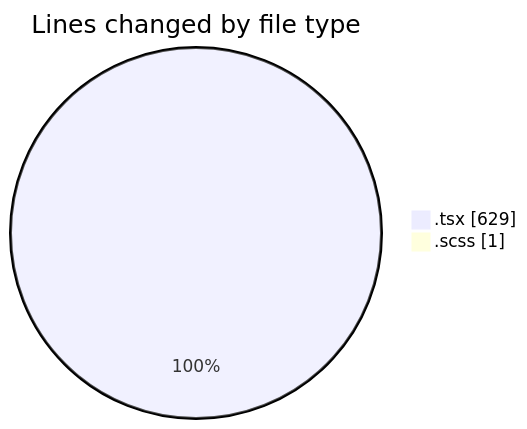
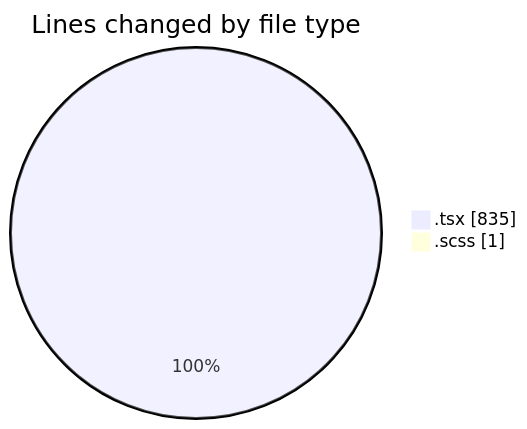
One commit to momahboobian/code-tracking changed the first of 2 diagrams in 2025-03-19/cda/README.md. Above: the diagram before and after it, drawn with Mermaid. The commit also changed other lines of this file and 1 other file, not shown here.

````diff
--- a/2025-03-19/cda/README.md
+++ b/2025-03-19/cda/README.md
@@ -23,6 +23,6 @@
 ```mermaid
 pie showData
 title Lines changed by file type
-".tsx" : 629
+".tsx" : 835
 ".scss" : 1
 ```
````
